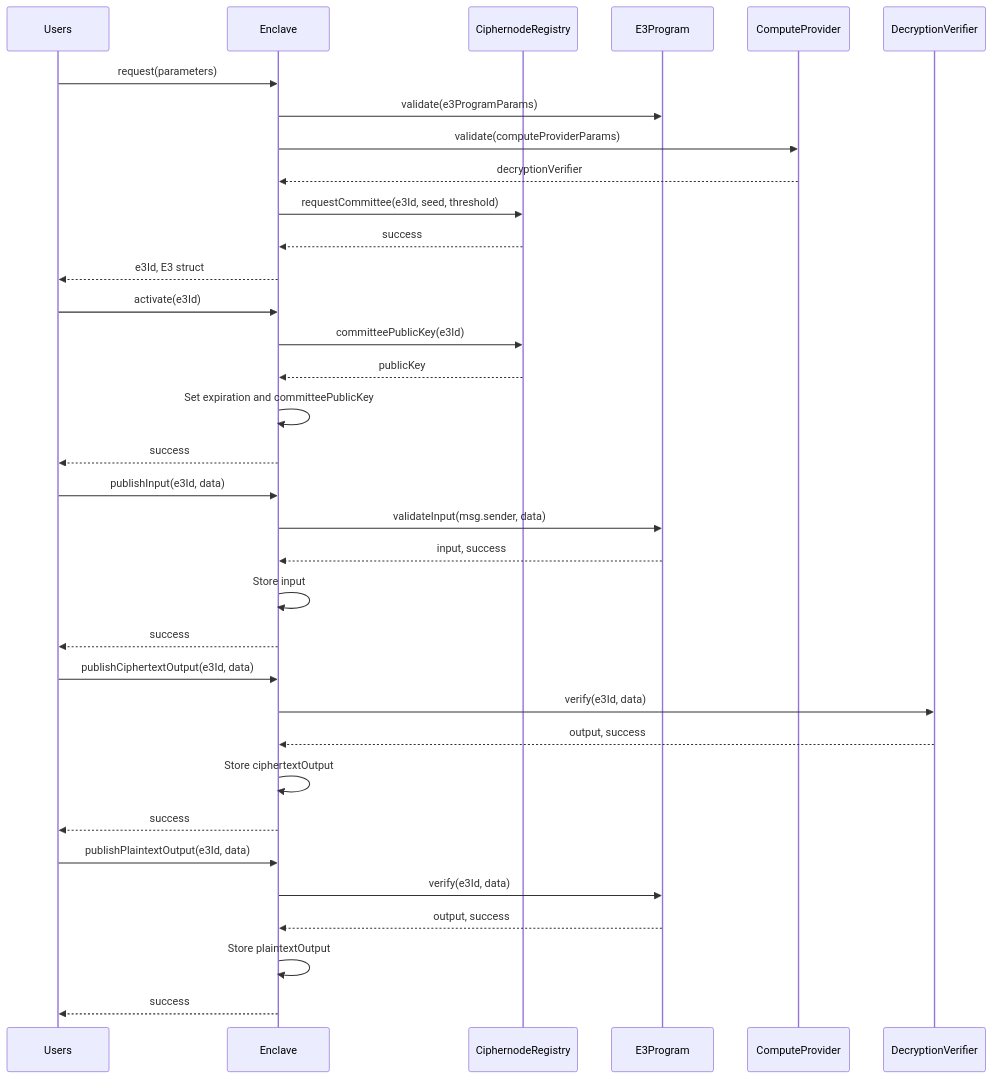
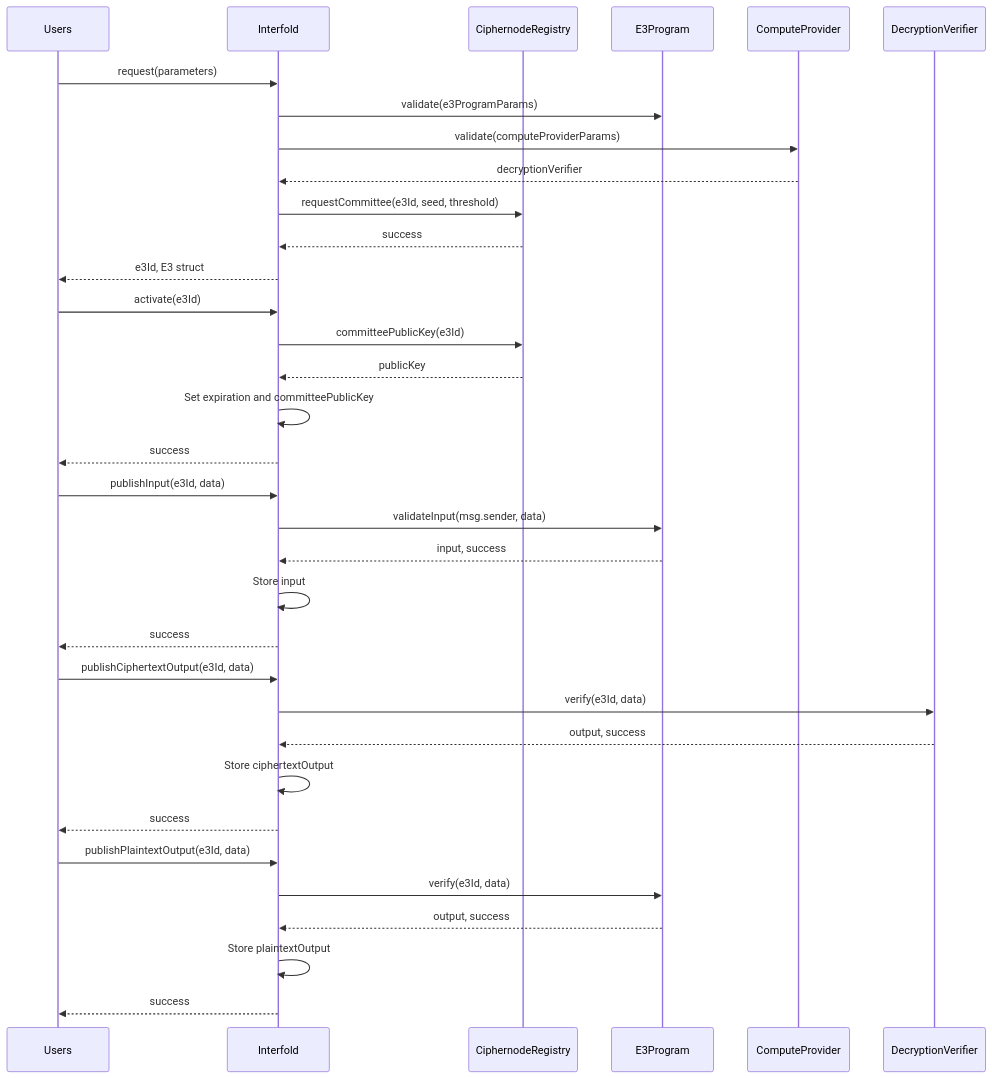
The diagram in README.md (gnosisguild/enclave), drawn with Mermaid before and after one commit. The commit also changed other lines of this file and 901 other files, not shown here.

Commit message:
chore: rename enclave to interfold [skip-line-limit] (#1592)

````diff
--- a/README.md
+++ b/README.md
@@ -214,41 +214,41 @@
 ```mermaid
 sequenceDiagram
     participant Users
-    participant Enclave
+    participant Interfold
     participant CiphernodeRegistry
     participant E3Program
     participant ComputeProvider
     participant DecryptionVerifier
 
-    Users->>Enclave: request(parameters)
-    Enclave->>E3Program: validate(e3ProgramParams)
-    Enclave->>ComputeProvider: validate(computeProviderParams)
-    ComputeProvider-->>Enclave: decryptionVerifier
-    Enclave->>CiphernodeRegistry: requestCommittee(e3Id, seed, threshold)
-    CiphernodeRegistry-->>Enclave: success
-    Enclave-->>Users: e3Id, E3 struct
+    Users->>Interfold: request(parameters)
+    Interfold->>E3Program: validate(e3ProgramParams)
+    Interfold->>ComputeProvider: validate(computeProviderParams)
+    ComputeProvider-->>Interfold: decryptionVerifier
+    Interfold->>CiphernodeRegistry: requestCommittee(e3Id, seed, threshold)
+    CiphernodeRegistry-->>Interfold: success
+    Interfold-->>Users: e3Id, E3 struct
 
-    Users->>Enclave: activate(e3Id)
-    Enclave->>CiphernodeRegistry: committeePublicKey(e3Id)
-    CiphernodeRegistry-->>Enclave: publicKey
-    Enclave->>Enclave: Set expiration and committeePublicKey
-    Enclave-->>Users: success
+    Users->>Interfold: activate(e3Id)
+    Interfold->>CiphernodeRegistry: committeePublicKey(e3Id)
+    CiphernodeRegistry-->>Interfold: publicKey
+    Interfold->>Interfold: Set expiration and committeePublicKey
+    Interfold-->>Users: success
 
-    Users->>Enclave: publishInput(e3Id, data)
-    Enclave->>E3Program: validateInput(msg.sender, data)
-    E3Program-->>Enclave: input, success
-    Enclave->>Enclave: Store input
-    Enclave-->>Users: success
+    Users->>Interfold: publishInput(e3Id, data)
+    Interfold->>E3Program: validateInput(msg.sender, data)
+    E3Program-->>Interfold: input, success
+    Interfold->>Interfold: Store input
+    Interfold-->>Users: success
 
-    Users->>Enclave: publishCiphertextOutput(e3Id, data)
-    Enclave->>DecryptionVerifier: verify(e3Id, data)
-    DecryptionVerifier-->>Enclave: output, success
-    Enclave->>Enclave: Store ciphertextOutput
-    Enclave-->>Users: success
+    Users->>Interfold: publishCiphertextOutput(e3Id, data)
+    Interfold->>DecryptionVerifier: verify(e3Id, data)
+    DecryptionVerifier-->>Interfold: output, success
+    Interfold->>Interfold: Store ciphertextOutput
+    Interfold-->>Users: success
 
-    Users->>Enclave: publishPlaintextOutput(e3Id, data)
-    Enclave->>E3Program: verify(e3Id, data)
-    E3Program-->>Enclave: output, success
-    Enclave->>Enclave: Store plaintextOutput
-    Enclave-->>Users: success
+    Users->>Interfold: publishPlaintextOutput(e3Id, data)
+    Interfold->>E3Program: verify(e3Id, data)
+    E3Program-->>Interfold: output, success
+    Interfold->>Interfold: Store plaintextOutput
+    Interfold-->>Users: success
 ```
````
